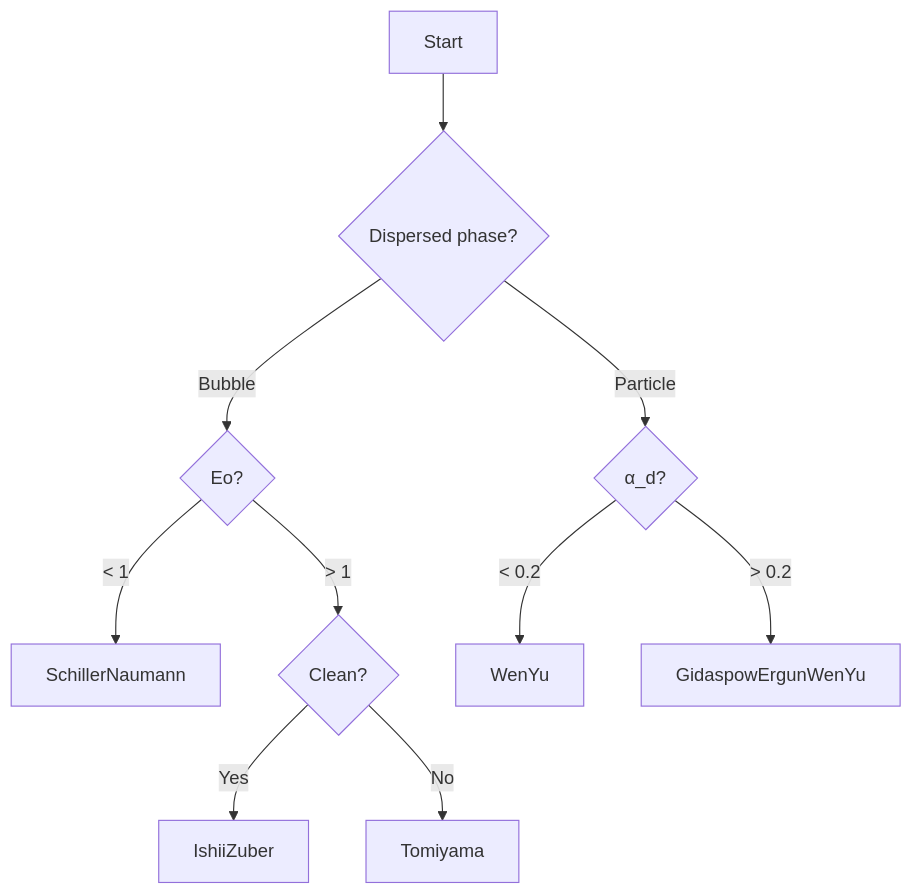
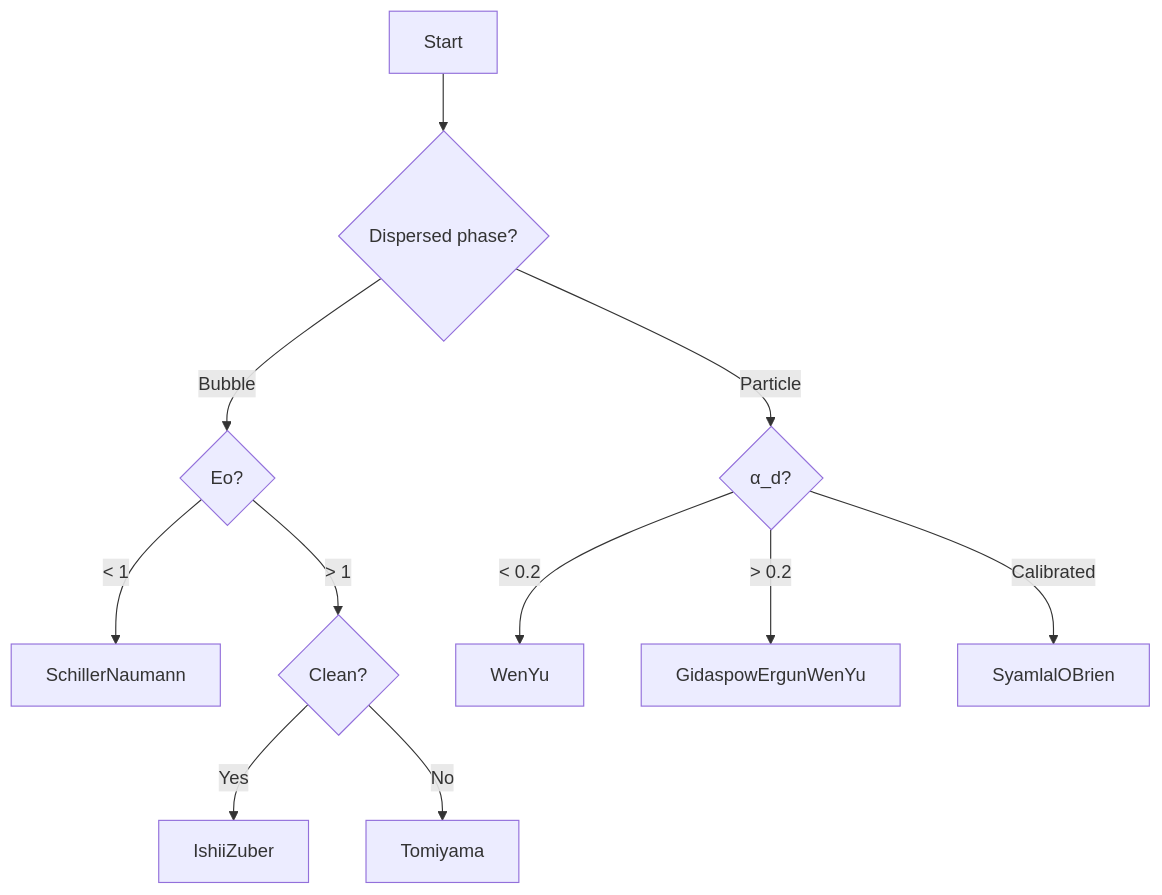
The second of 2 diagrams in MODULE_04_MULTIPHASE_FUNDAMENTALS/CONTENT/04_INTERPHASE_FORCES/01_DRAG/02_Specific_Drag_Models.md (wramet/build-my-cfd), drawn with Mermaid before and after one commit. The commit also changed other lines of this file and 75 other files, not shown here.

````diff
--- a/MODULE_04_MULTIPHASE_FUNDAMENTALS/CONTENT/04_INTERPHASE_FORCES/01_DRAG/02_Specific_Drag_Models.md
+++ b/MODULE_04_MULTIPHASE_FUNDAMENTALS/CONTENT/04_INTERPHASE_FORCES/01_DRAG/02_Specific_Drag_Models.md
@@ -164,12 +160,13 @@
 ```mermaid
 flowchart TD
     A[Start] --> B{Dispersed phase?}
     B -->|Bubble| C{Eo?}
     B -->|Particle| D{α_d?}
     C -->|< 1| E[SchillerNaumann]
     C -->|> 1| F{Clean?}
     F -->|Yes| G[IshiiZuber]
     F -->|No| H[Tomiyama]
     D -->|< 0.2| I[WenYu]
     D -->|> 0.2| J[GidaspowErgunWenYu]
+    D -->|Calibrated| K[SyamlalOBrien]
 ```
````
